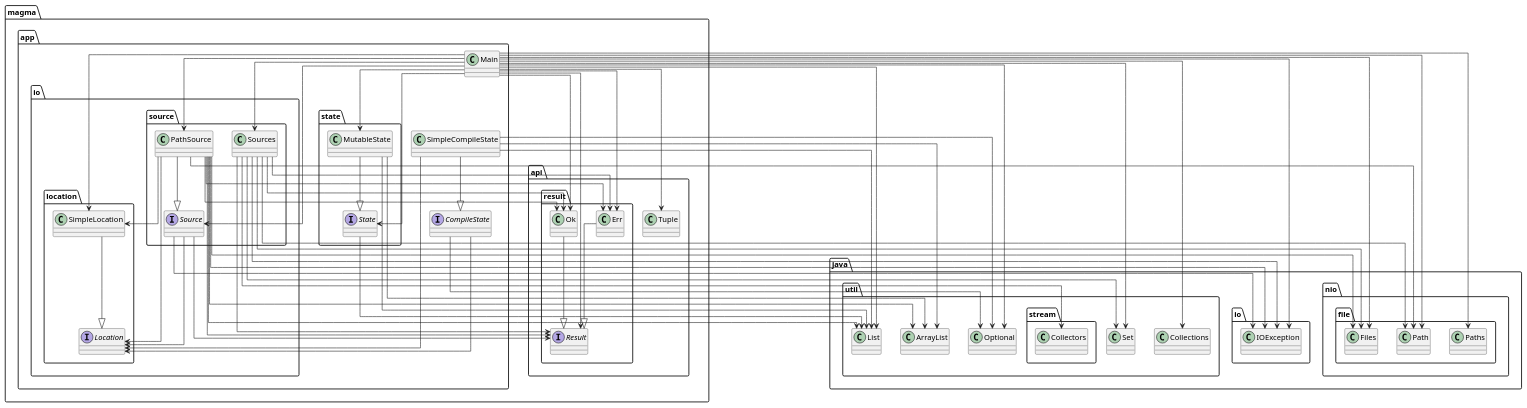
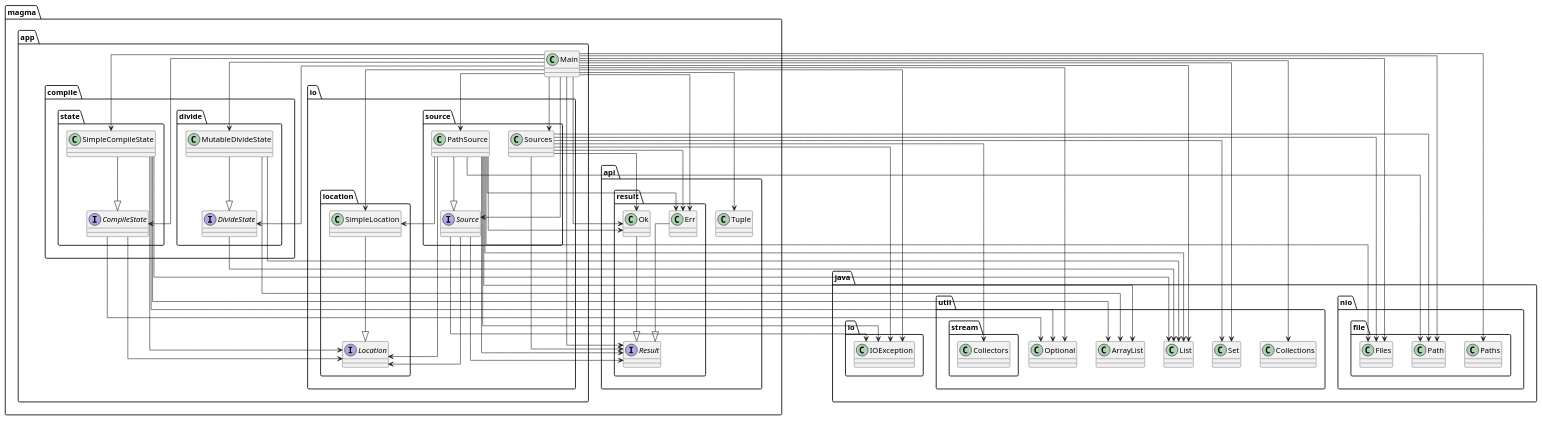
The diagram in diagram.puml (SirMathhman/Magma), drawn with PlantUML before and after one commit. The commit also changed 6 other files, not shown here.

```diff
--- a/diagram.puml
+++ b/diagram.puml
@@ -1,71 +1,73 @@
 @startuml
 skinparam linetype ortho
 interface magma.app.io.location.Location
 interface magma.api.result.Result
 class magma.app.io.location.SimpleLocation
 magma.app.io.location.SimpleLocation --|> magma.app.io.location.Location
-magma.app.state.MutableState --> java.util.ArrayList
-magma.app.state.MutableState --> java.util.List
-class magma.app.state.MutableState
-magma.app.state.MutableState --|> magma.app.state.State
 class magma.api.result.Ok
 magma.api.result.Ok --|> magma.api.result.Result
+magma.app.compile.divide.MutableDivideState --> java.util.ArrayList
+magma.app.compile.divide.MutableDivideState --> java.util.List
+class magma.app.compile.divide.MutableDivideState
+magma.app.compile.divide.MutableDivideState --|> magma.app.compile.divide.DivideState
+magma.app.Main --> magma.api.Tuple
 magma.app.Main --> magma.api.result.Err
 magma.app.Main --> magma.api.result.Ok
 magma.app.Main --> magma.api.result.Result
-magma.app.Main --> magma.api.Tuple
+magma.app.Main --> magma.app.compile.state.CompileState
+magma.app.Main --> magma.app.compile.state.SimpleCompileState
 magma.app.Main --> magma.app.io.location.SimpleLocation
 magma.app.Main --> magma.app.io.source.PathSource
 magma.app.Main --> magma.app.io.source.Source
 magma.app.Main --> magma.app.io.source.Sources
-magma.app.Main --> magma.app.state.MutableState
-magma.app.Main --> magma.app.state.State
+magma.app.Main --> magma.app.compile.divide.MutableDivideState
+magma.app.Main --> magma.app.compile.divide.DivideState
 magma.app.Main --> java.io.IOException
 magma.app.Main --> java.nio.file.Files
 magma.app.Main --> java.nio.file.Path
 magma.app.Main --> java.nio.file.Paths
 magma.app.Main --> java.util.Collections
 magma.app.Main --> java.util.List
 magma.app.Main --> java.util.Optional
 magma.app.Main --> java.util.Set
 class magma.app.Main
+magma.app.compile.state.CompileState --> magma.app.io.location.Location
+magma.app.compile.state.CompileState --> java.util.Optional
+interface magma.app.compile.state.CompileState
 class magma.api.Tuple
 magma.app.io.source.PathSource --> magma.api.result.Err
 magma.app.io.source.PathSource --> magma.api.result.Ok
 magma.app.io.source.PathSource --> magma.api.result.Result
 magma.app.io.source.PathSource --> magma.app.io.location.Location
 magma.app.io.source.PathSource --> magma.app.io.location.SimpleLocation
 magma.app.io.source.PathSource --> java.io.IOException
 magma.app.io.source.PathSource --> java.nio.file.Files
 magma.app.io.source.PathSource --> java.nio.file.Path
 magma.app.io.source.PathSource --> java.util.ArrayList
 magma.app.io.source.PathSource --> java.util.List
 class magma.app.io.source.PathSource
 magma.app.io.source.PathSource --|> magma.app.io.source.Source
 magma.app.io.source.Sources --> magma.api.result.Err
 magma.app.io.source.Sources --> magma.api.result.Ok
 magma.app.io.source.Sources --> magma.api.result.Result
 magma.app.io.source.Sources --> java.io.IOException
 magma.app.io.source.Sources --> java.nio.file.Files
 magma.app.io.source.Sources --> java.nio.file.Path
 magma.app.io.source.Sources --> java.util.Set
 magma.app.io.source.Sources --> java.util.stream.Collectors
 class magma.app.io.source.Sources
-magma.app.SimpleCompileState --> magma.app.io.location.Location
-magma.app.SimpleCompileState --> java.util.ArrayList
-magma.app.SimpleCompileState --> java.util.List
-magma.app.SimpleCompileState --> java.util.Optional
-class magma.app.SimpleCompileState
-magma.app.SimpleCompileState --|> magma.app.CompileState
-magma.app.CompileState --> magma.app.io.location.Location
-magma.app.CompileState --> java.util.Optional
-interface magma.app.CompileState
+magma.app.compile.divide.DivideState --> java.util.List
+interface magma.app.compile.divide.DivideState
+magma.app.compile.state.SimpleCompileState --> magma.app.io.location.Location
+magma.app.compile.state.SimpleCompileState --> java.util.ArrayList
+magma.app.compile.state.SimpleCompileState --> java.util.List
+magma.app.compile.state.SimpleCompileState --> java.util.Optional
+class magma.app.compile.state.SimpleCompileState
+magma.app.compile.state.SimpleCompileState --|> magma.app.compile.state.CompileState
 magma.app.io.source.Source --> magma.api.result.Result
 magma.app.io.source.Source --> magma.app.io.location.Location
 magma.app.io.source.Source --> java.io.IOException
 interface magma.app.io.source.Source
-magma.app.state.State --> java.util.List
-interface magma.app.state.State
 class magma.api.result.Err
 magma.api.result.Err --|> magma.api.result.Result
 @enduml
```
